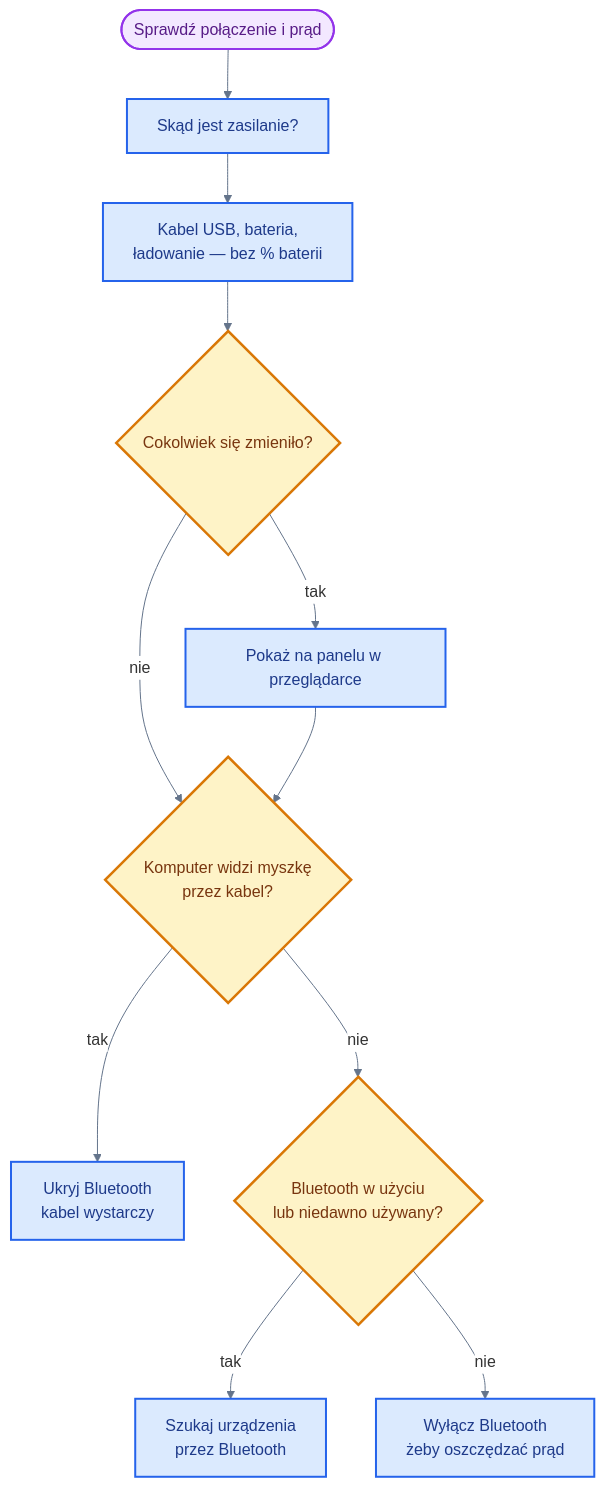
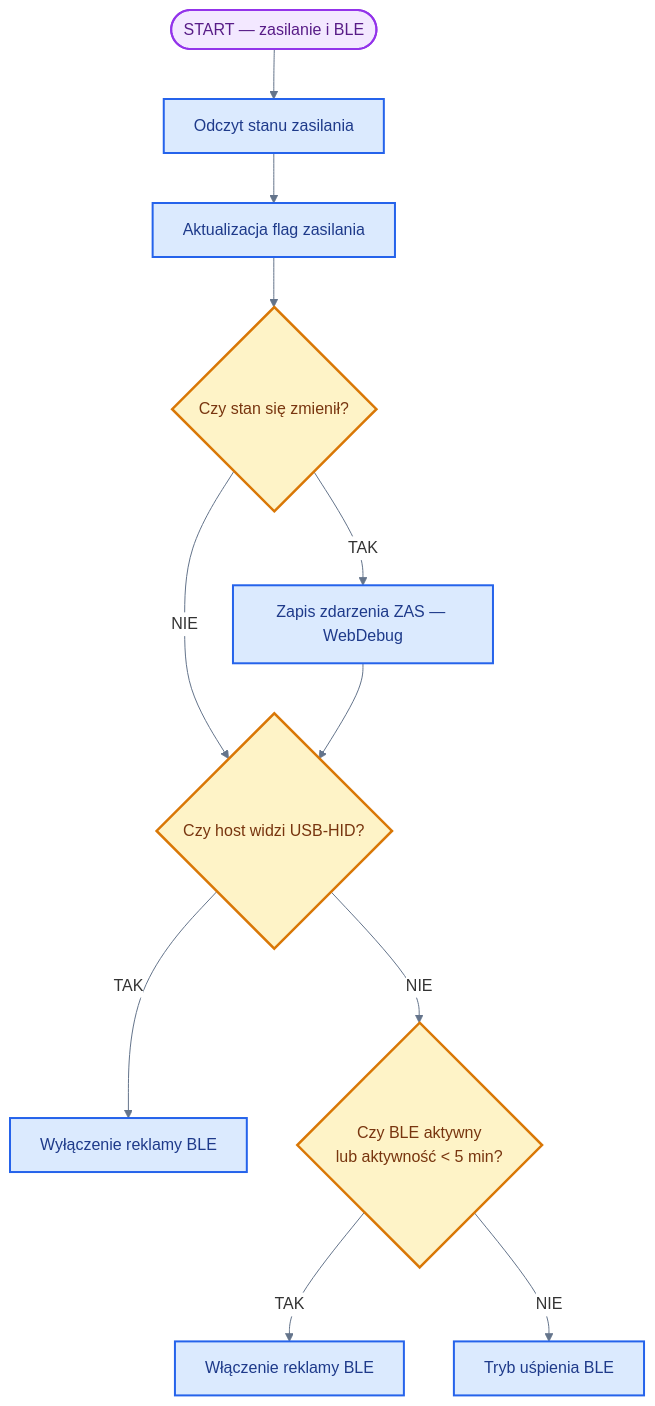
The fifth of 10 diagrams in README.md (bartkadres-ai/HEFAS-4.0), drawn with Mermaid before and after one commit. The commit also changed other lines of this file, not shown here.

````diff
--- a/README.md
+++ b/README.md
@@ -473,22 +473,22 @@
 ```mermaid
 %%{init: { 'theme': 'default', 'themeVariables': { 'darkMode': false, 'background': '#ffffff', 'mainBkg': '#ffffff', 'primaryColor': '#ffffff', 'secondaryColor': '#ffffff', 'tertiaryColor': '#ffffff', 'primaryTextColor': '#1e293b', 'secondaryTextColor': '#334155', 'lineColor': '#64748b', 'primaryBorderColor': '#94a3b8', 'clusterBkg': '#f1f5f9', 'clusterBorder': '#94a3b8', 'edgeLabelBackground': '#ffffff', 'noteBkgColor': '#f8fafc', 'noteTextColor': '#475569', 'fontFamily': 'arial' }}}%%
 flowchart TD
-    Z([Sprawdź połączenie i prąd]) --> ST[Skąd jest zasilanie?]
-    ST --> FL["Kabel USB, bateria,<br/>ładowanie — bez % baterii"]
-    FL --> CHG{Cokolwiek się zmieniło?}
-    CHG -->|tak| LOGZ[Pokaż na panelu w przeglądarce]
-    CHG -->|nie| USBCHK
-    LOGZ --> USBCHK{Komputer widzi myszkę<br/>przez kabel?}
+    Z([START — zasilanie i BLE]) --> ST[Odczyt stanu zasilania]
+    ST --> FL[Aktualizacja flag zasilania]
+    FL --> CHG{Czy stan się zmienił?}
+    CHG -->|TAK| LOGZ[Zapis zdarzenia ZAS — WebDebug]
+    CHG -->|NIE| USBCHK
+    LOGZ --> USBCHK{Czy host widzi USB-HID?}
 
-    USBCHK -->|tak| OFF[Ukryj Bluetooth<br/>kabel wystarczy]
-    USBCHK -->|nie| CON{Bluetooth w użyciu<br/>lub niedawno używany?}
-    CON -->|tak| ON[Szukaj urządzenia<br/>przez Bluetooth]
-    CON -->|nie| SLEEP[Wyłącz Bluetooth<br/>żeby oszczędzać prąd]
+    USBCHK -->|TAK| OFF[Wyłączenie reklamy BLE]
+    USBCHK -->|NIE| CON{Czy BLE aktywny<br/>lub aktywność &lt; 5 min?}
+    CON -->|TAK| ON[Włączenie reklamy BLE]
+    CON -->|NIE| SLEEP[Tryb uśpienia BLE]
 
     classDef startEnd fill:#f3e8ff,stroke:#9333ea,stroke-width:2px,color:#581c87
     classDef process fill:#dbeafe,stroke:#2563eb,stroke-width:2px,color:#1e3a8a
     classDef decision fill:#fef3c7,stroke:#d97706,stroke-width:2.5px,color:#78350f
     class Z startEnd
     class ST,FL,LOGZ,OFF,ON,SLEEP process
     class CHG,USBCHK,CON decision
 ```
````
